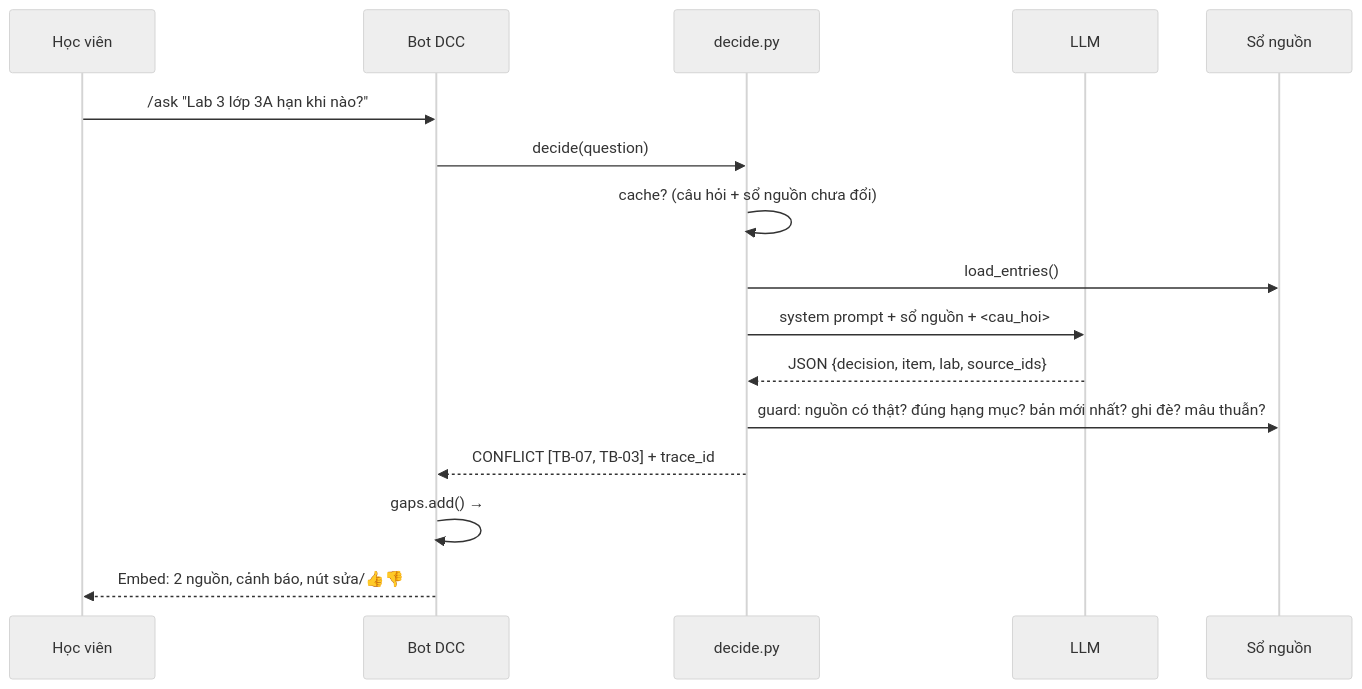
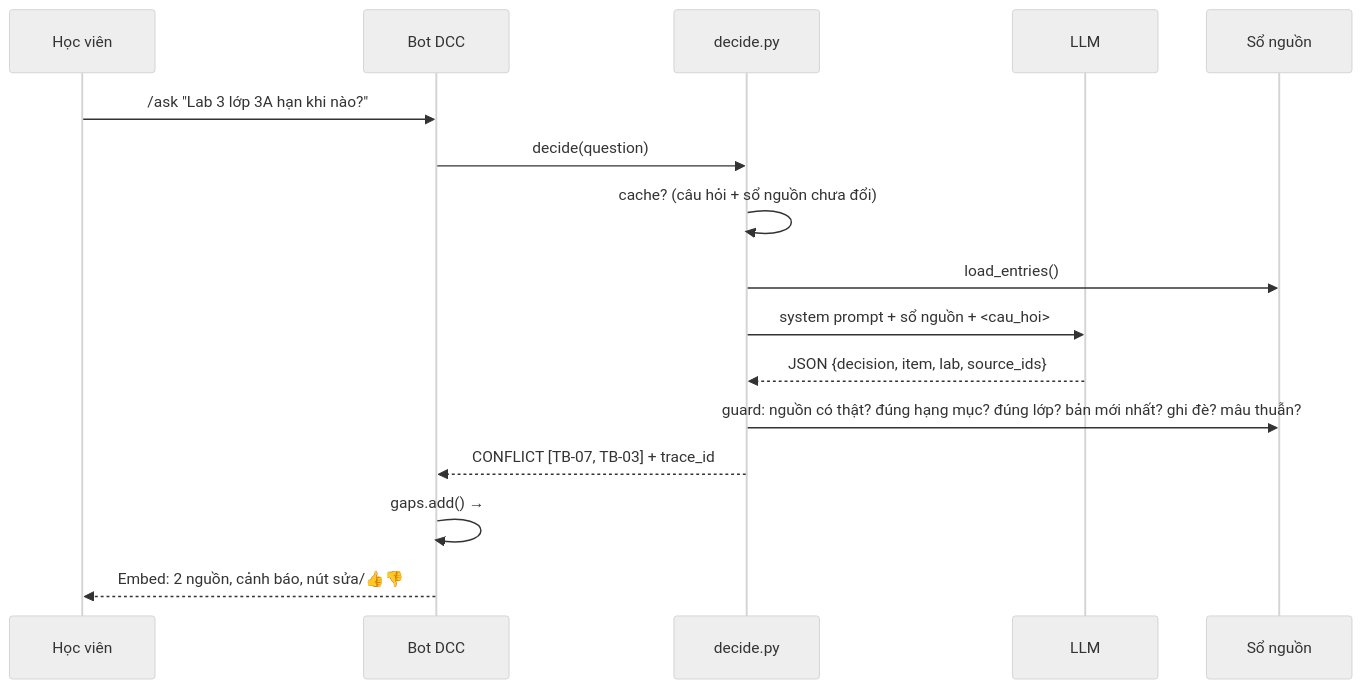
The second of 3 diagrams in codebase/ARCHITECTURE.md (mysorf-9239/K4-3A-E403-DCC), drawn with Mermaid (neutral theme) before and after one commit. The commit also changed other lines of this file and 25 other files, not shown here.

````diff
--- a/codebase/ARCHITECTURE.md
+++ b/codebase/ARCHITECTURE.md
@@ -47,18 +47,18 @@
 ```mermaid
 sequenceDiagram
     participant HV as Học viên
     participant B as Bot DCC
     participant D as decide.py
     participant L as LLM
     participant R as Sổ nguồn
-    HV->>B: /ask "Lab 3 lớp 3A hạn khi nào?"
-    B->>D: decide(question)
-    D->>D: cache? (câu hỏi + sổ nguồn chưa đổi)
-    D->>R: load_entries()
-    D->>L: system prompt + sổ nguồn + <cau_hoi>
-    L-->>D: JSON {decision, item, lab, source_ids}
-    D->>R: guard: nguồn có thật? đúng hạng mục? bản mới nhất? ghi đè? mâu thuẫn?
-    D-->>B: CONFLICT [TB-07, TB-03] + trace_id
-    B->>B: gaps.add() → #ta-queue
-    B-->>HV: Embed: 2 nguồn, cảnh báo, nút sửa/👍👎
+    HV ->> B: /ask "Lab 3 lớp 3A hạn khi nào?"
+    B ->> D: decide(question)
+    D ->> D: cache? (câu hỏi + sổ nguồn chưa đổi)
+    D ->> R: load_entries()
+    D ->> L: system prompt + sổ nguồn + <cau_hoi>
+    L -->> D: JSON {decision, item, lab, source_ids}
+    D ->> R: guard: nguồn có thật? đúng hạng mục? đúng lớp? bản mới nhất? ghi đè? mâu thuẫn?
+    D -->> B: CONFLICT [TB-07, TB-03] + trace_id
+    B ->> B: gaps.add() →#ta-queue
+    B -->> HV: Embed: 2 nguồn, cảnh báo, nút sửa/👍👎
 ```
````
